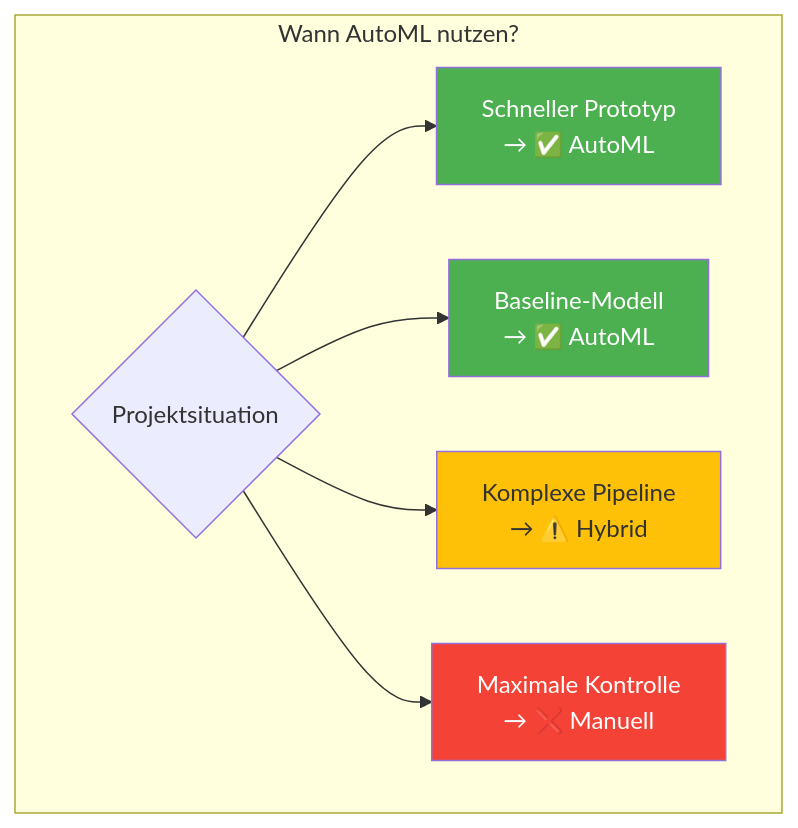
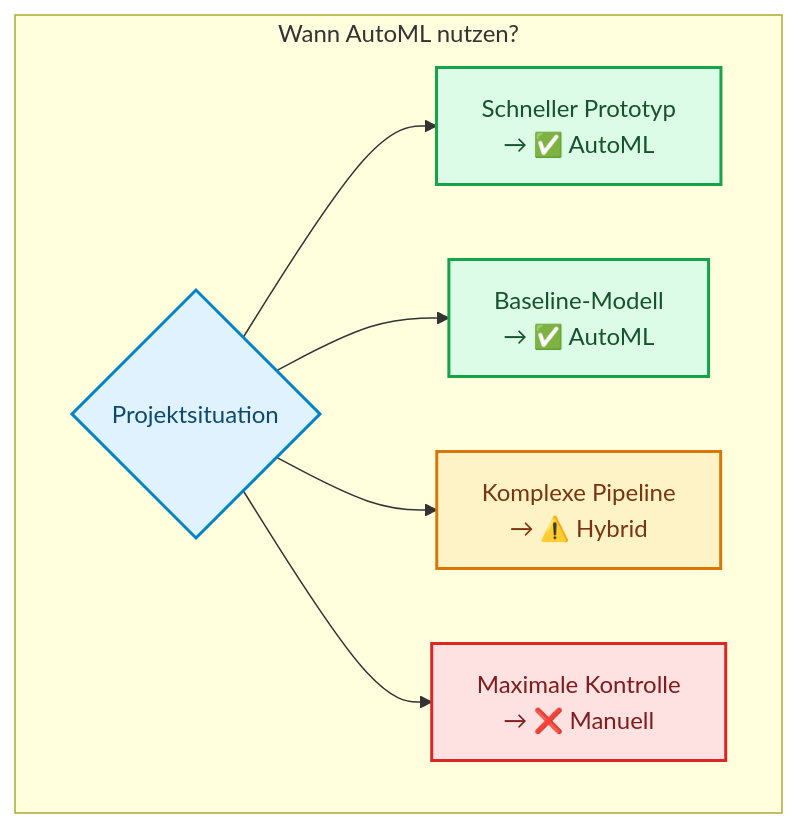
The third of 3 diagrams in docs/concepts/modeling/automl.md (ralf-42/ML_Intro), drawn with Mermaid before and after one commit. The commit also changed other lines of this file and 67 other files, not shown here.

````diff
--- a/docs/concepts/modeling/automl.md
+++ b/docs/concepts/modeling/automl.md
@@ -115,14 +117,17 @@
 ```mermaid
 flowchart TD
     subgraph "Wann AutoML nutzen?"
         A{Projektsituation} --> B[Schneller Prototyp<br/>→ ✅ AutoML]
         A --> C[Baseline-Modell<br/>→ ✅ AutoML]
         A --> D[Komplexe Pipeline<br/>→ ⚠️ Hybrid]
         A --> E[Maximale Kontrolle<br/>→ ❌ Manuell]
     end
-    
-    style B fill:#4CAF50,color:#fff
-    style C fill:#4CAF50,color:#fff
-    style D fill:#FFC107
-    style E fill:#f44336,color:#fff
+
+    classDef default fill:#e0f2fe,stroke:#0284c7,stroke-width:2px,color:#0c4a6e;
+    classDef metric fill:#fef3c7,stroke:#d97706,stroke-width:2px,color:#78350f;
+    classDef output fill:#dcfce7,stroke:#16a34a,stroke-width:2px,color:#14532d;
+    classDef stop fill:#fee2e2,stroke:#dc2626,stroke-width:2px,color:#7f1d1d;
+    class D metric;
+    class B,C output;
+    class E stop;
 ```
````
